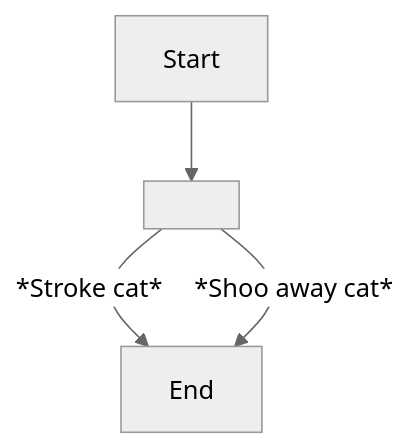
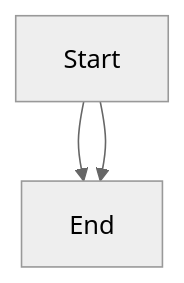
Before and after one commit to SoftHu/tos_avg: the diagram in En/QuestTalkObjectiveNode_1768531991733143.md, drawn with Mermaid (neutral theme). The commit also changed 737 other files, not shown here.

````diff
--- a/En/QuestTalkObjectiveNode_1768531991733143.md
+++ b/En/QuestTalkObjectiveNode_1768531991733143.md
@@ -1,7 +1,6 @@
 ```mermaid
 graph
-Start -->1768532094569370[ ]
-1768532094569370 -->|*Stroke cat*|1768540116414340[End]
-1768532094569370 -->|*Shoo away cat*|1768540116414340[End]
+Start -->1768540116414340[End]
+Start -->1768540116414340[End]
 
- ```
+```
````
